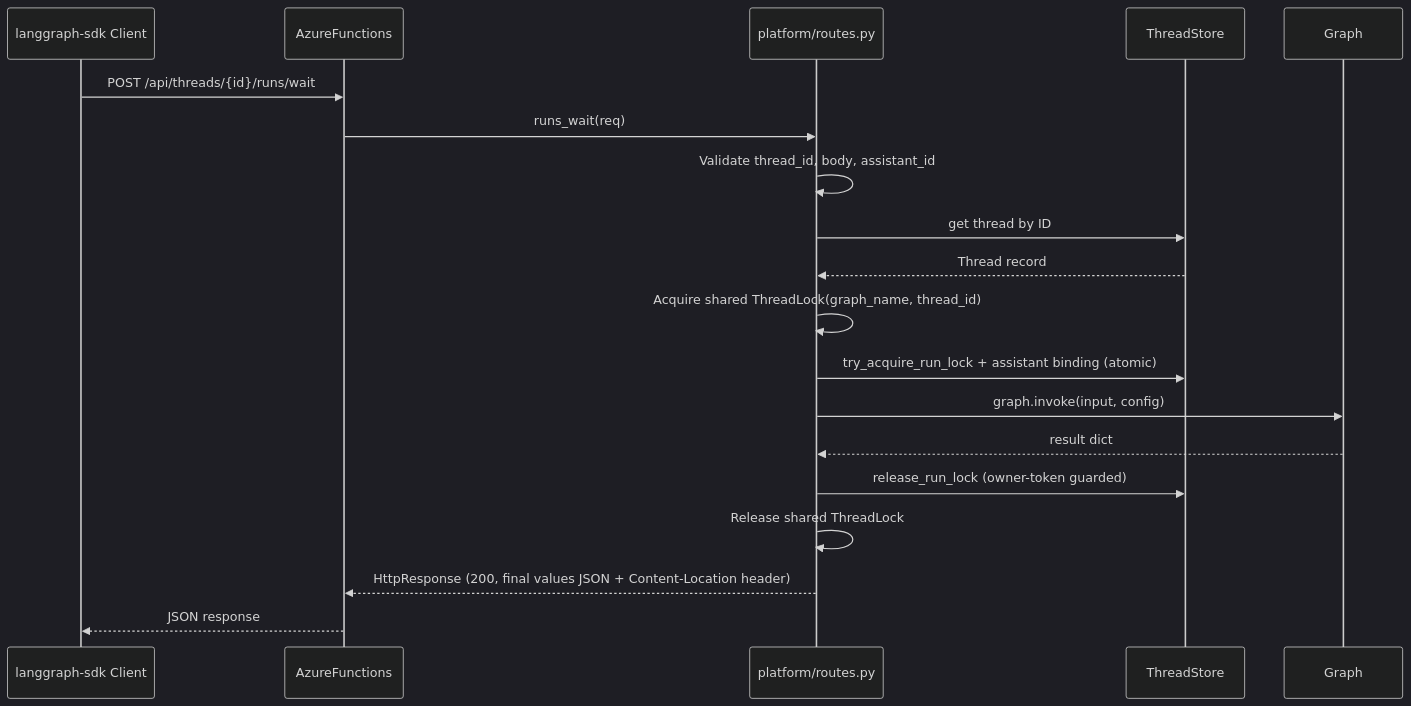
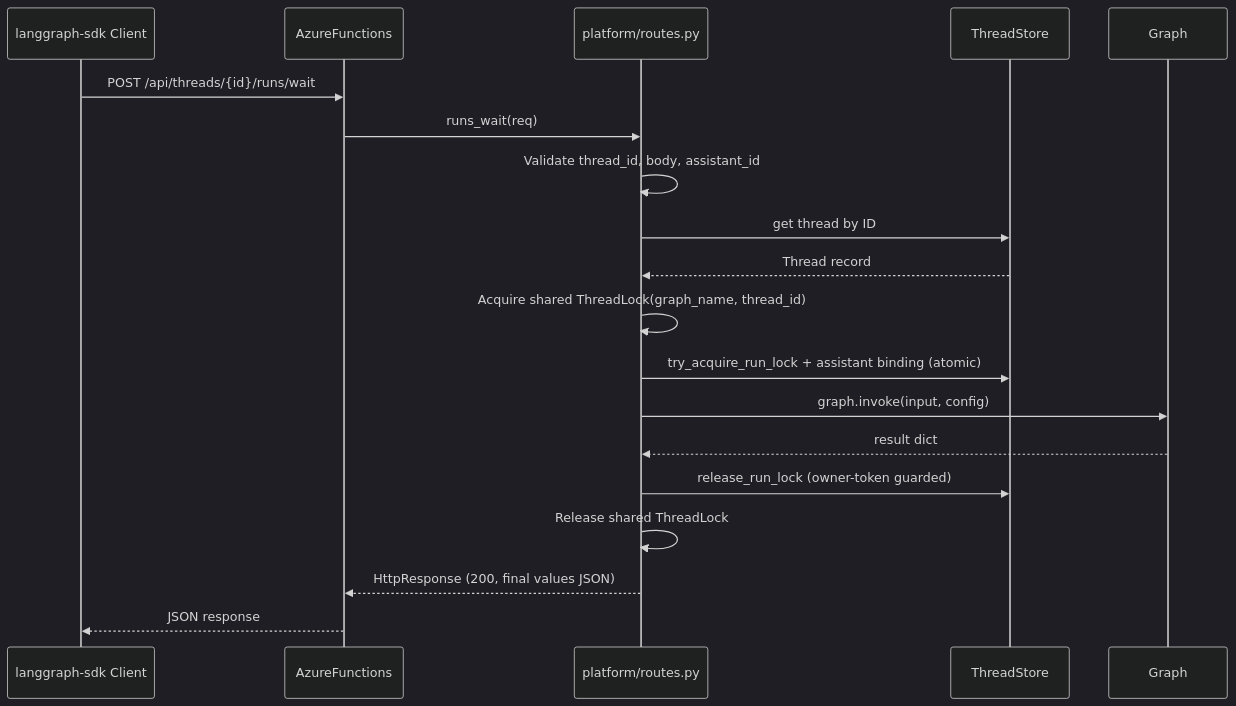
The fourth of 6 diagrams in docs/architecture.md (yeongseon/azure-functions-langgraph-python), drawn with Mermaid (dark theme) before and after one commit. The commit also changed other lines of this file and 5 other files, not shown here.

Commit message:
fix(platform): remove dangling Content-Location headers from run responses (#870)

````diff
--- a/docs/architecture.md
+++ b/docs/architecture.md
@@ -177,22 +177,22 @@
 ```mermaid
 sequenceDiagram
     participant SDK as langgraph-sdk Client
     participant AzureFunctions
     participant Routes as platform/routes.py
     participant Store as ThreadStore
     participant Graph
 
     SDK->>AzureFunctions: POST /api/threads/{id}/runs/wait
     AzureFunctions->>Routes: runs_wait(req)
     Routes->>Routes: Validate thread_id, body, assistant_id
     Routes->>Store: get thread by ID
     Store-->>Routes: Thread record
     Routes->>Routes: Acquire shared ThreadLock(graph_name, thread_id)
     Routes->>Store: try_acquire_run_lock + assistant binding (atomic)
     Routes->>Graph: graph.invoke(input, config)
     Graph-->>Routes: result dict
     Routes->>Store: release_run_lock (owner-token guarded)
     Routes->>Routes: Release shared ThreadLock
-    Routes-->>AzureFunctions: HttpResponse (200, final values JSON + Content-Location header)
+    Routes-->>AzureFunctions: HttpResponse (200, final values JSON)
     AzureFunctions-->>SDK: JSON response
 ```
````
